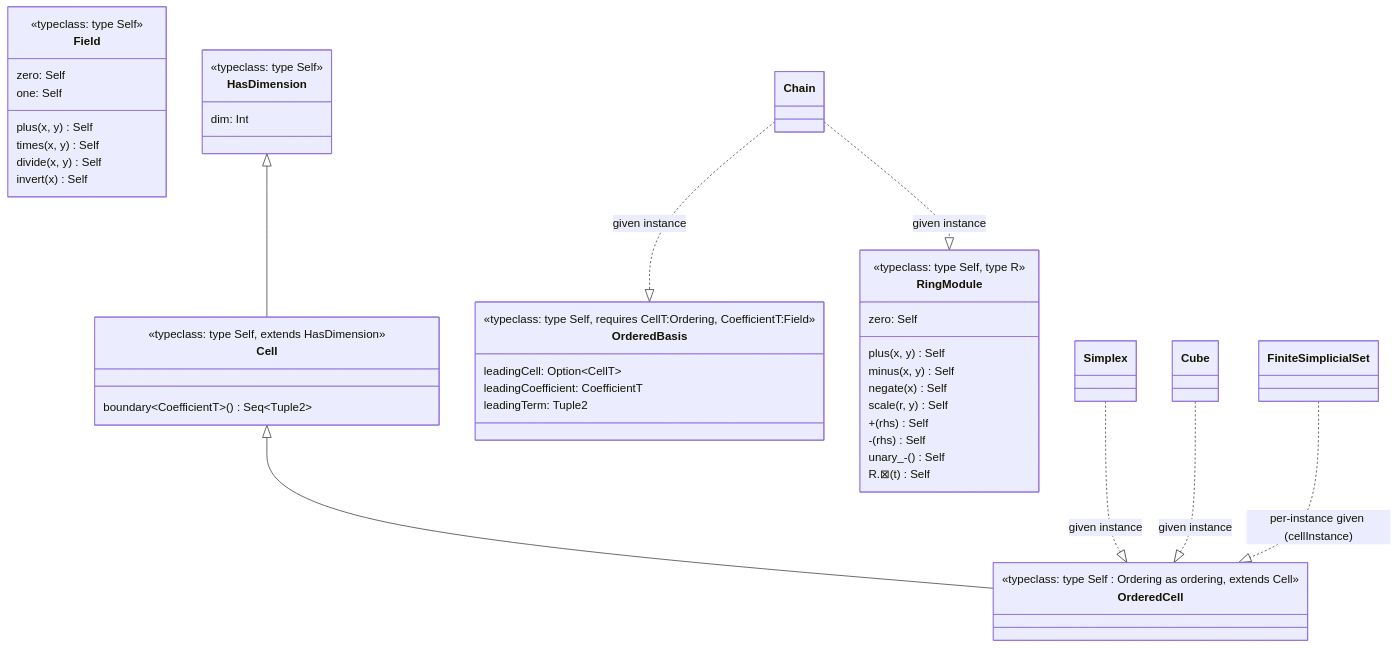
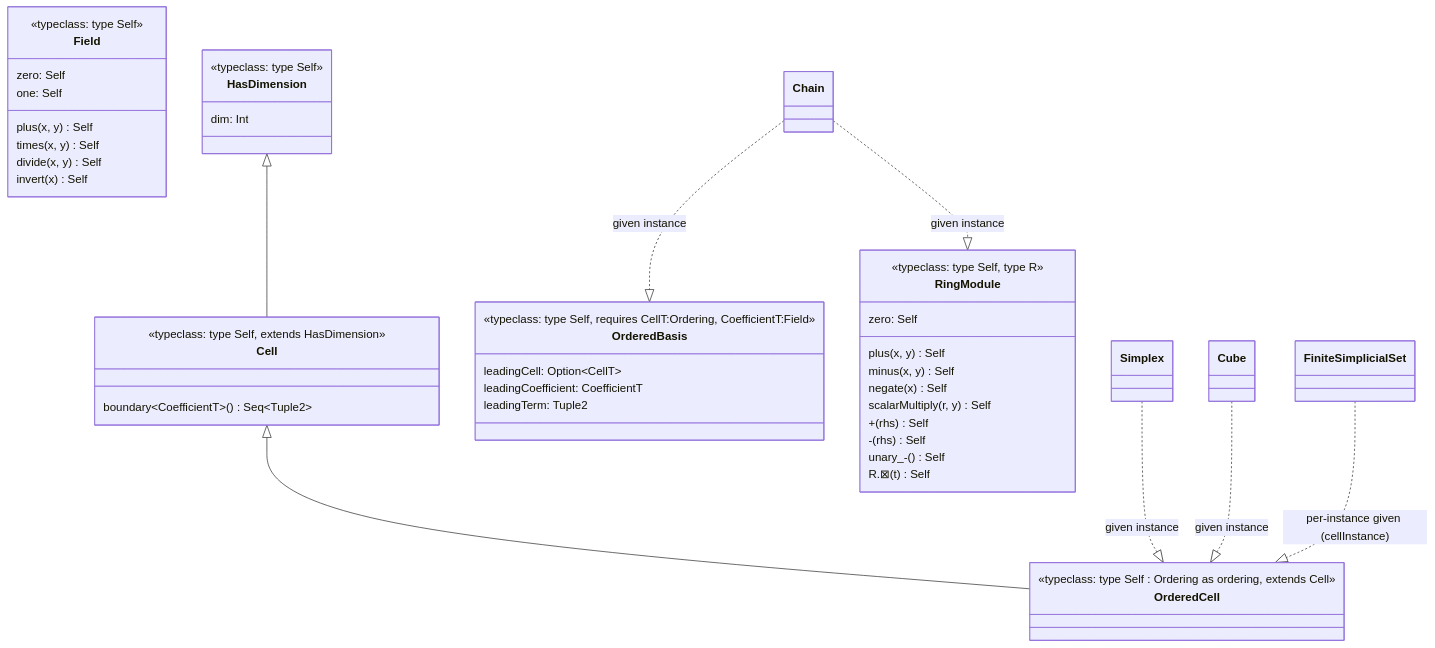
One commit to appliedtopology/tda4j changed the first of 11 diagrams in _docs/developers-guide/class-diagrams.md. Above: the diagram before and after it, drawn with Mermaid. The commit also changed 9 other files, not shown here.

First line of the commit message:
Rename RingModule.scale to scalarMultiply

````diff
--- a/_docs/developers-guide/class-diagrams.md
+++ b/_docs/developers-guide/class-diagrams.md
@@ -13,48 +13,48 @@
 ```mermaid
 classDiagram
     class RingModule {
         <<typeclass: type Self, type R>>
         zero: Self
         plus(x, y) Self
         minus(x, y) Self
         negate(x) Self
-        scale(r, y) Self
+        scalarMultiply(r, y) Self
         +(rhs) Self
         -(rhs) Self
         unary_-() Self
         R.⊠(t) Self
     }
     class Field {
         <<typeclass: type Self>>
         plus(x, y) Self
         times(x, y) Self
         divide(x, y) Self
         invert(x) Self
         zero: Self
         one: Self
     }
     class HasDimension {
         <<typeclass: type Self>>
         dim: Int
     }
     class Cell {
         <<typeclass: type Self, extends HasDimension>>
         boundary~CoefficientT~() Seq~Tuple2~
     }
     class OrderedCell {
         <<typeclass: type Self : Ordering as ordering, extends Cell>>
     }
     class OrderedBasis {
         <<typeclass: type Self, requires CellT:Ordering, CoefficientT:Field>>
         leadingCell: Option~CellT~
         leadingCoefficient: CoefficientT
         leadingTerm: Tuple2
     }
     HasDimension <|-- Cell
     Cell <|-- OrderedCell
     Simplex ..|> OrderedCell : given instance
     Cube ..|> OrderedCell : given instance
     FiniteSimplicialSet ..|> OrderedCell : per-instance given (cellInstance)
     Chain ..|> OrderedBasis : given instance
     Chain ..|> RingModule : given instance
 ```
````
